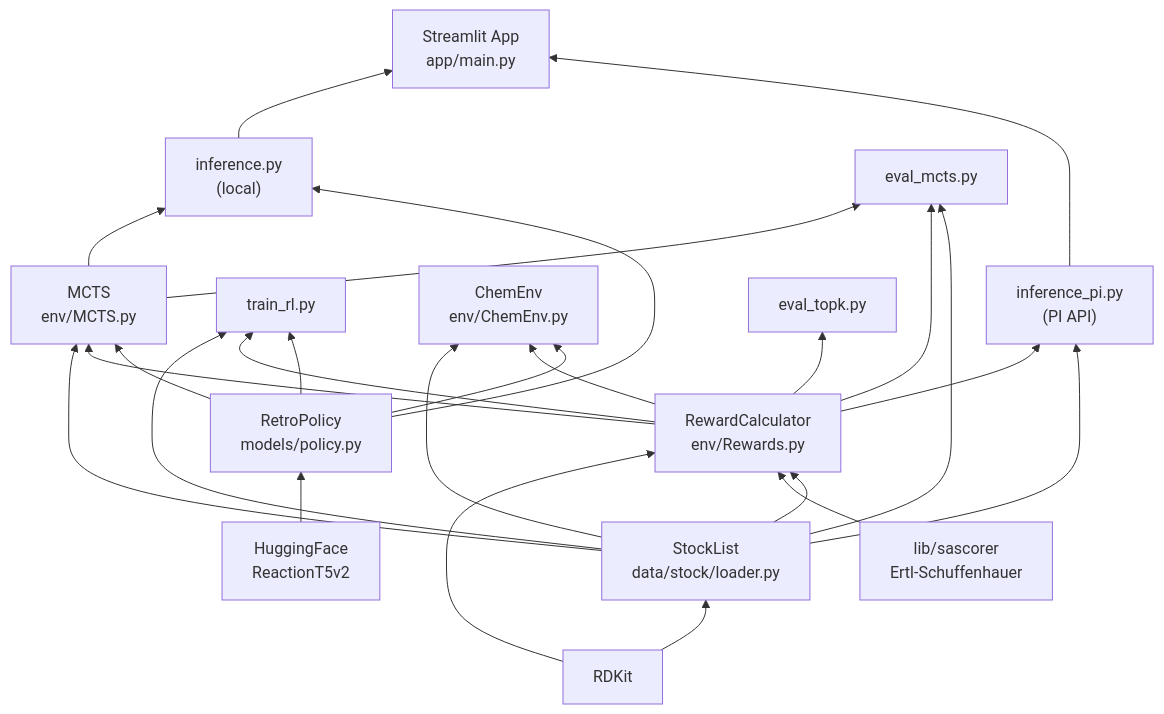
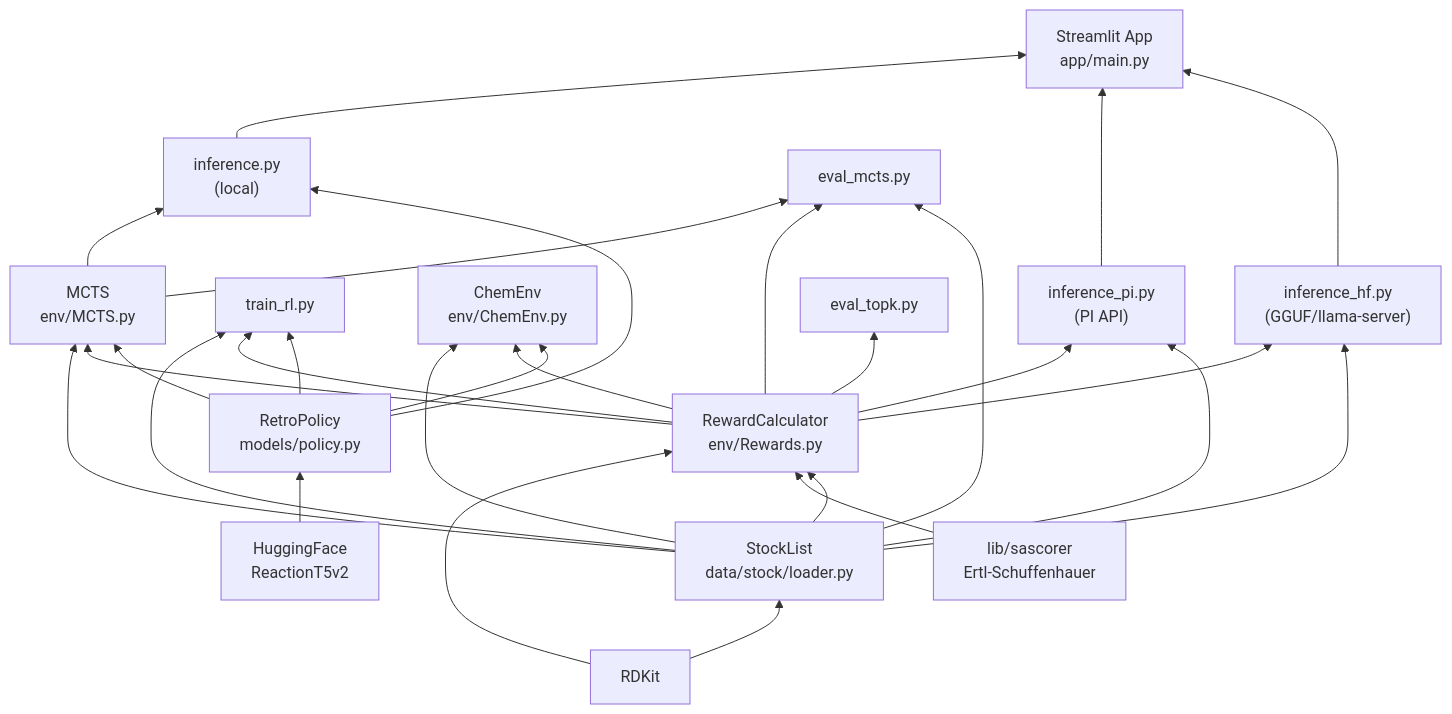
The seventh of 9 diagrams in ARCHITECTURE.md (Rhoahndur/RL_RetroSynthesis), drawn with Mermaid before and after one commit. The commit also changed other lines of this file, not shown here.

Commit message:
update architecture doc

````diff
--- a/ARCHITECTURE.md
+++ b/ARCHITECTURE.md
@@ -248,34 +288,38 @@
 ```mermaid
 graph BT
     RDKIT["RDKit"] --> STOCK["StockList<br/>data/stock/loader.py"]
     RDKIT --> REWARD["RewardCalculator<br/>env/Rewards.py"]
     SASCORER["lib/sascorer<br/>Ertl-Schuffenhauer"] --> REWARD
     HF["HuggingFace<br/>ReactionT5v2"] --> POLICY["RetroPolicy<br/>models/policy.py"]
 
     STOCK --> REWARD
     STOCK --> MCTS["MCTS<br/>env/MCTS.py"]
     STOCK --> TRAIN["train_rl.py"]
     STOCK --> ENV["ChemEnv<br/>env/ChemEnv.py"]
 
     REWARD --> MCTS
     REWARD --> TRAIN
     REWARD --> ENV
 
     POLICY --> MCTS
     POLICY --> TRAIN
     POLICY --> ENV
 
     MCTS --> INF["inference.py<br/>(local)"]
     POLICY --> INF
 
     REWARD --> INF_PI["inference_pi.py<br/>(PI API)"]
     STOCK --> INF_PI
 
+    REWARD --> INF_HF["inference_hf.py<br/>(GGUF/llama-server)"]
+    STOCK --> INF_HF
+
     INF --> APP["Streamlit App<br/>app/main.py"]
     INF_PI --> APP
+    INF_HF --> APP
 
     REWARD --> EVAL_TK["eval_topk.py"]
     MCTS --> EVAL_MC["eval_mcts.py"]
     REWARD --> EVAL_MC
     STOCK --> EVAL_MC
 ```
````
